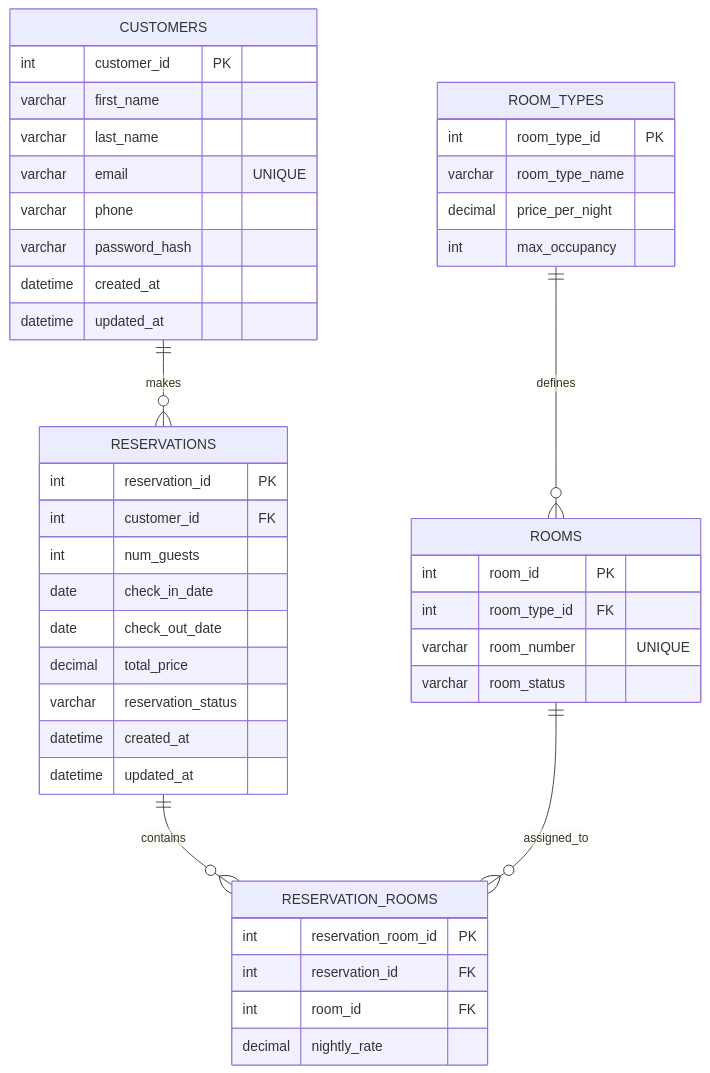
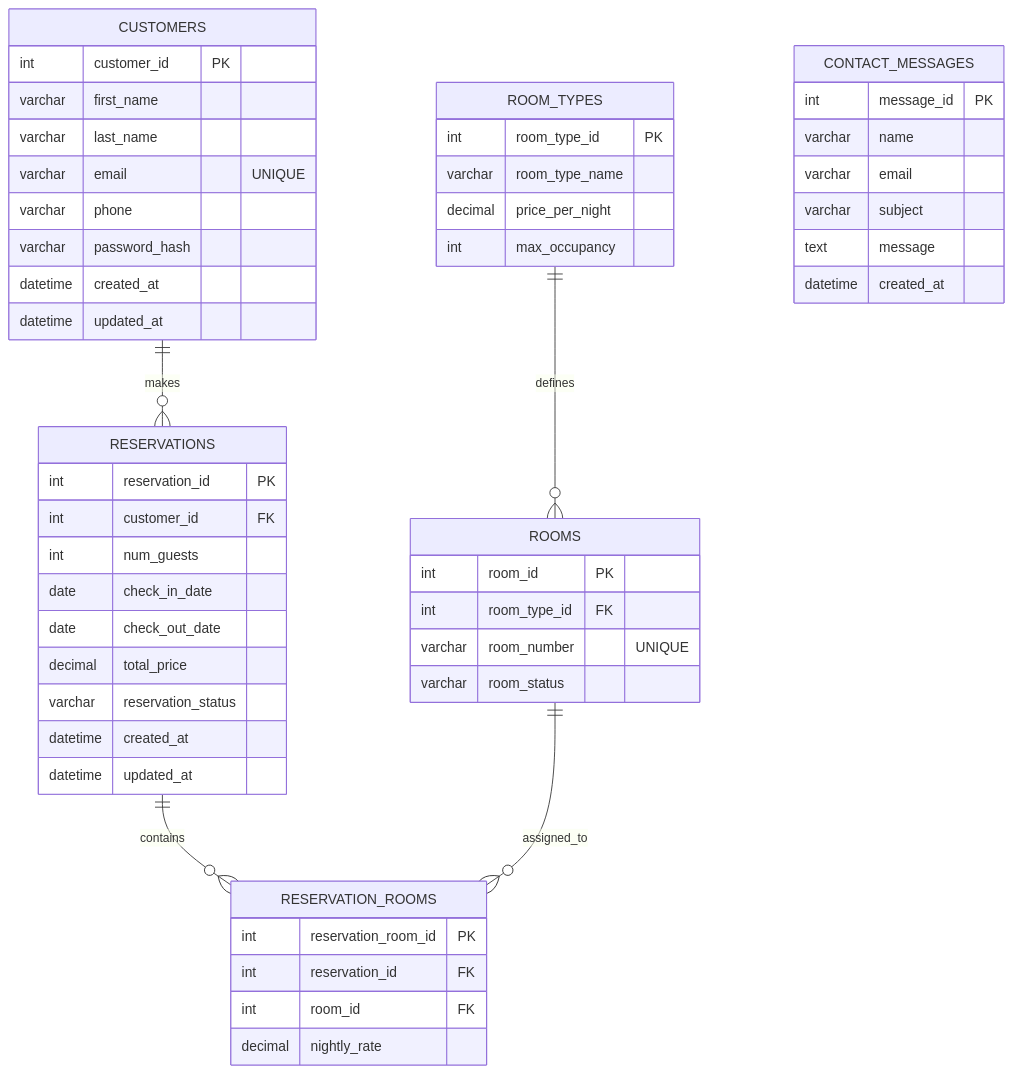
One commit to Hydroplane72/Moffat-Bay changed the diagram in Technical Design Documentation/ERD.md. Above: the diagram before and after it, drawn with Mermaid. The commit also changed other lines of this file, not shown here.

First line of the commit message:
Update ERD to include CONTACT_MESSAGES table

````diff
--- a/Technical Design Documentation/ERD.md
+++ b/Technical Design Documentation/ERD.md
@@ -3,51 +3,60 @@
 ```mermaid
 erDiagram
     CUSTOMERS ||--o{ RESERVATIONS : makes
     ROOM_TYPES ||--o{ ROOMS : defines
     RESERVATIONS ||--o{ RESERVATION_ROOMS : contains
     ROOMS ||--o{ RESERVATION_ROOMS : assigned_to
 
     CUSTOMERS {
         int customer_id PK
         varchar first_name
         varchar last_name
         varchar email "UNIQUE"
         varchar phone
         varchar password_hash
         datetime created_at
         datetime updated_at
     }
 
     RESERVATIONS {
         int reservation_id PK
         int customer_id FK
         int num_guests
         date check_in_date
         date check_out_date
         decimal total_price
         varchar reservation_status
         datetime created_at
         datetime updated_at
     }
 
     RESERVATION_ROOMS {
         int reservation_room_id PK
         int reservation_id FK
         int room_id FK
         decimal nightly_rate
     }
 
     ROOMS {
         int room_id PK
         int room_type_id FK
         varchar room_number "UNIQUE"
         varchar room_status
     }
 
     ROOM_TYPES {
         int room_type_id PK
         varchar room_type_name
         decimal price_per_night
         int max_occupancy
     }
+
+    CONTACT_MESSAGES {
+            int message_id PK
+            varchar name
+            varchar email
+            varchar subject
+            text message
+            datetime created_at
+        }
 ```
````
